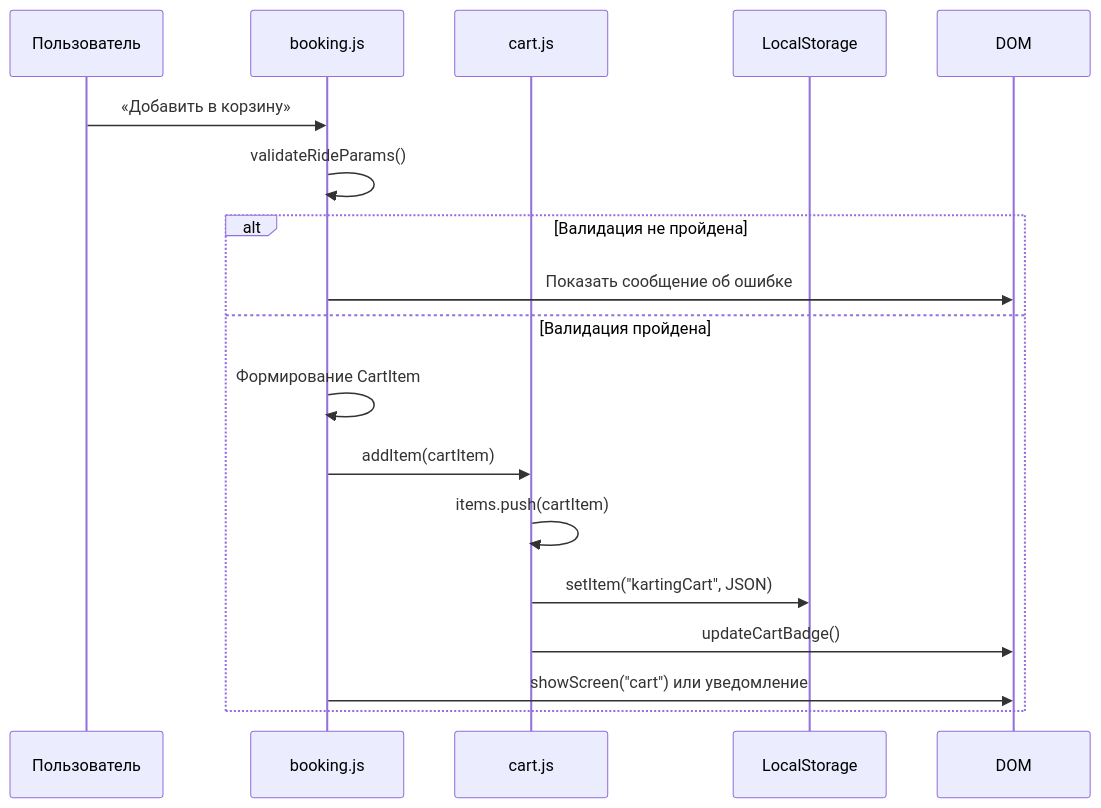
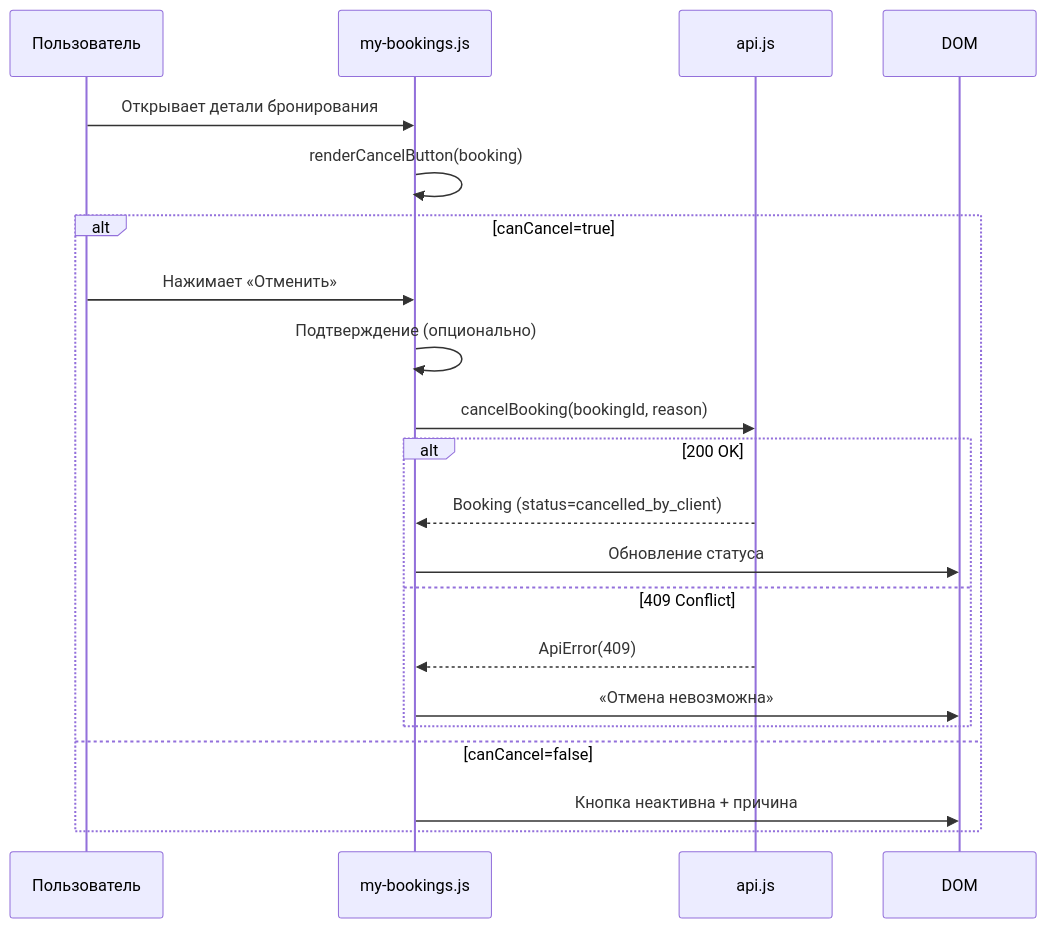
The sixth of 7 diagrams in docs/02-architecture.md (Terehov380/karting-apex), drawn with Mermaid before and after one commit. The commit also changed other lines of this file and 6 other files, not shown here.

````diff
--- a/docs/02-architecture.md
+++ b/docs/02-architecture.md
@@ -296,21 +341,24 @@
 ```mermaid
 sequenceDiagram
     participant User as Пользователь
-    participant Book as booking.js
-    participant Cart as cart.js
-    participant LS as LocalStorage
+    participant MyB as my-bookings.js
+    participant API as api.js
     participant DOM as DOM
 
-    User->>Book: «Добавить в корзину»
-    Book->>Book: validateRideParams()
-    alt Валидация не пройдена
-        Book->>DOM: Показать сообщение об ошибке
-    else Валидация пройдена
-        Book->>Book: Формирование CartItem
-        Book->>Cart: addItem(cartItem)
-        Cart->>Cart: items.push(cartItem)
-        Cart->>LS: setItem("kartingCart", JSON)
-        Cart->>DOM: updateCartBadge()
-        Book->>DOM: showScreen("cart") или уведомление
+    User->>MyB: Открывает детали бронирования
+    MyB->>MyB: renderCancelButton(booking)
+    alt canCancel=true
+        User->>MyB: Нажимает «Отменить»
+        MyB->>MyB: Подтверждение (опционально)
+        MyB->>API: cancelBooking(bookingId, reason)
+        alt 200 OK
+            API-->>MyB: Booking (status=cancelled_by_client)
+            MyB->>DOM: Обновление статуса
+        else 409 Conflict
+            API-->>MyB: ApiError(409)
+            MyB->>DOM: «Отмена невозможна»
+        end
+    else canCancel=false
+        MyB->>DOM: Кнопка неактивна + причина
     end
 ```
````
